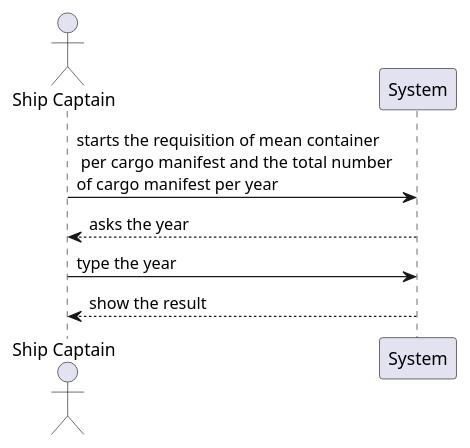
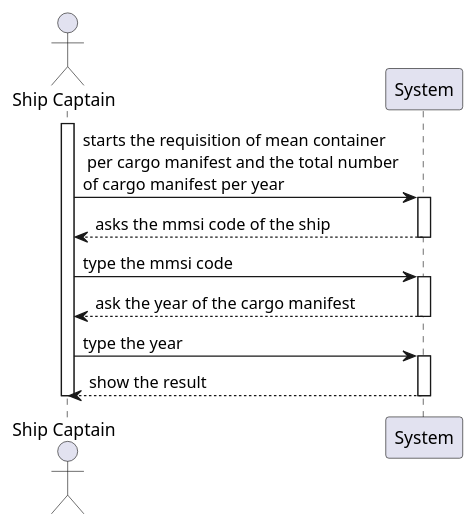
One commit to 0franciscor/lapr3-2021-g042 changed the diagram in docs/US207/US207_SSD.puml. Above: the diagram before and after it, drawn with PlantUML. The commit also changed 6 other files, not shown here.

```diff
--- a/docs/US207/US207_SSD.puml
+++ b/docs/US207/US207_SSD.puml
@@ -1,11 +1,20 @@
 @startuml
 'https://plantuml.com/class-diagram
 actor "Ship Captain" as SC
 participant "System" as SY
 
+activate SC
 SC -> SY : starts the requisition of mean container \n per cargo manifest and the total number \nof cargo manifest per year
-SY --> SC : asks the year
-SC -> SY : type the year
-SY --> SC : show the result
-
+activate SY
+SY --> SC : asks the mmsi code of the ship
+deactivate SY
+SC -> SY : type the mmsi code
+activate SY
+SY --> SC : ask the year of the cargo manifest
+deactivate SY
+SC->SY : type the year
+activate SY
+SY-->SC : show the result
+deactivate SY
+deactivate SC
 @enduml
```
